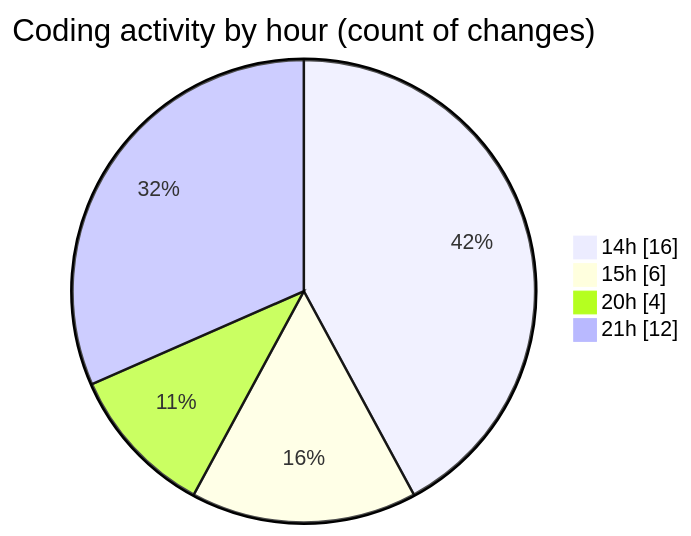
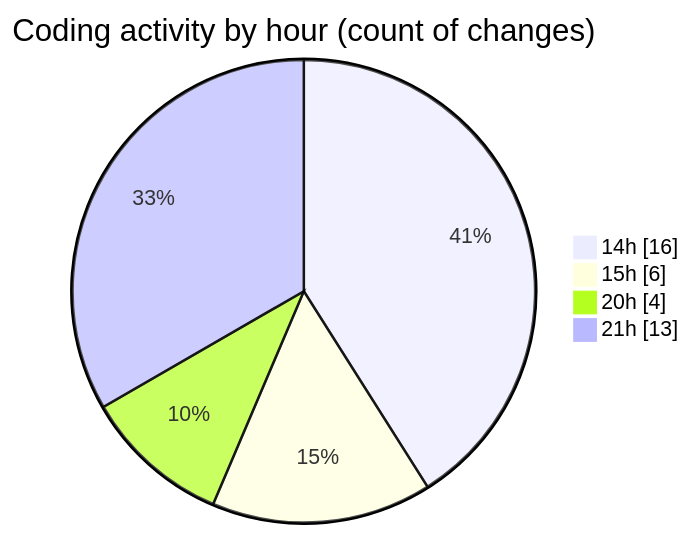
Before and after one commit to momahboobian/code-tracking: the second of 2 diagrams in 2026-09-18/video-downloader/README.md, drawn with Mermaid. The commit also changed other lines of this file and 1 other file, not shown here.

````diff
--- a/2026-09-18/video-downloader/README.md
+++ b/2026-09-18/video-downloader/README.md
@@ -36,8 +36,8 @@
 ```mermaid
 pie showData
 title Coding activity by hour (count of changes)
 "14h" : 16
 "15h" : 6
 "20h" : 4
-"21h" : 12
+"21h" : 13
 ```
````
